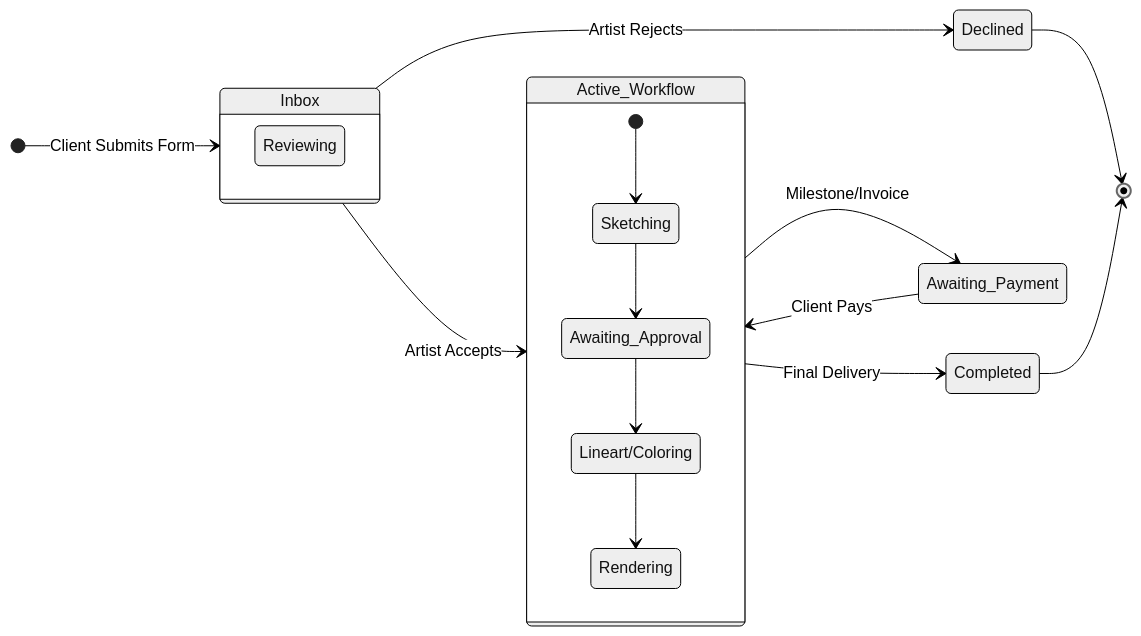
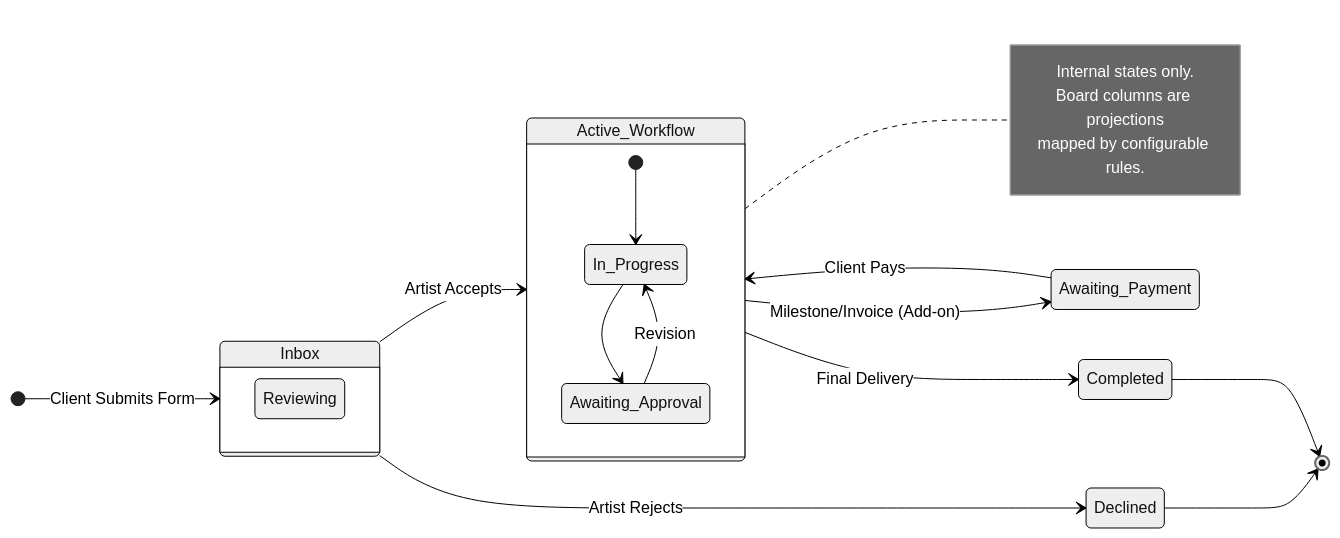
One commit to ProgrammingCheetah/ZurFur changed the first of 10 diagrams in design/design_document.md. Above: the diagram before and after it, drawn with Mermaid (neutral theme). The commit also changed other lines of this file and 13 other files, not shown here.

First line of the commit message:
docs: revise design document and all feature specs for v2 architecture

````diff
--- a/design/design_document.md
+++ b/design/design_document.md
@@ -70,27 +86,32 @@
 ```mermaid
 stateDiagram-v2
     direction LR
     [*] --> Inbox: Client Submits Form
 
     state Inbox {
         Reviewing
     }
 
     Inbox --> Declined: Artist Rejects
     Declined --> [*]
 
     Inbox --> Active_Workflow: Artist Accepts
 
     state Active_Workflow {
-        [*] --> Sketching
-        Sketching --> Awaiting_Approval
-        Awaiting_Approval --> Lineart/Coloring
-        Lineart/Coloring --> Rendering
+        [*] --> In_Progress
+        In_Progress --> Awaiting_Approval
+        Awaiting_Approval --> In_Progress: Revision
     }
 
-    Active_Workflow --> Awaiting_Payment: Milestone/Invoice
+    Active_Workflow --> Awaiting_Payment: Milestone/Invoice (Add-on)
     Awaiting_Payment --> Active_Workflow: Client Pays
 
     Active_Workflow --> Completed: Final Delivery
     Completed --> [*]
+
+    note right of Active_Workflow
+        Internal states only.
+        Board columns are projections
+        mapped by configurable rules.
+    end note
 ```
````
